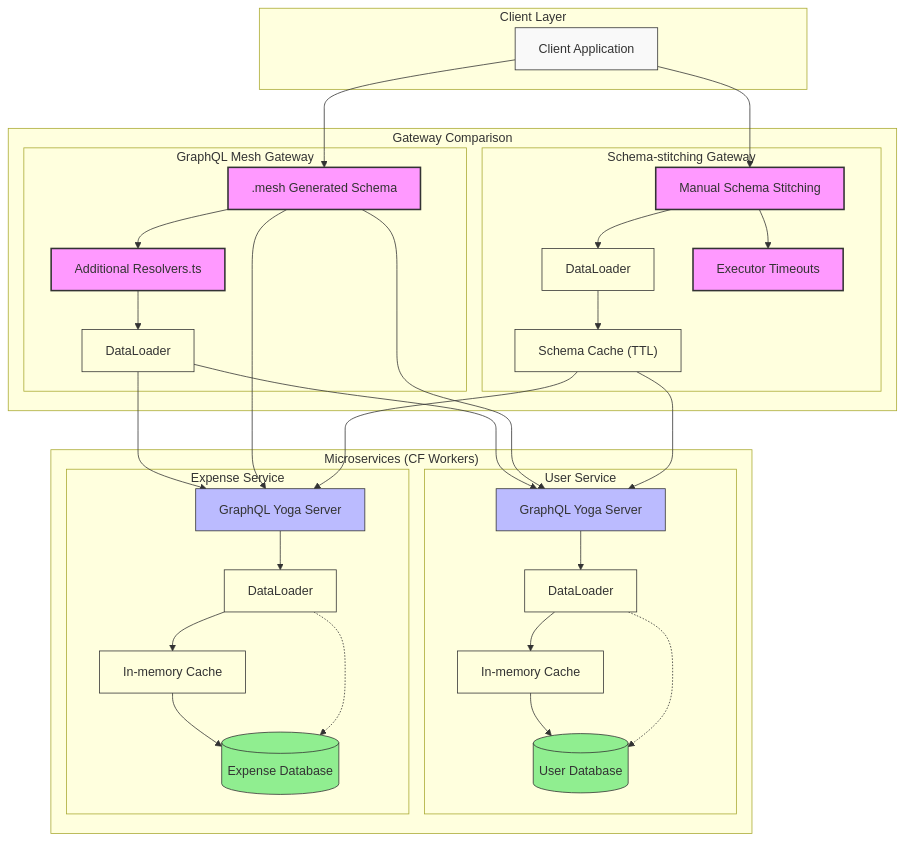
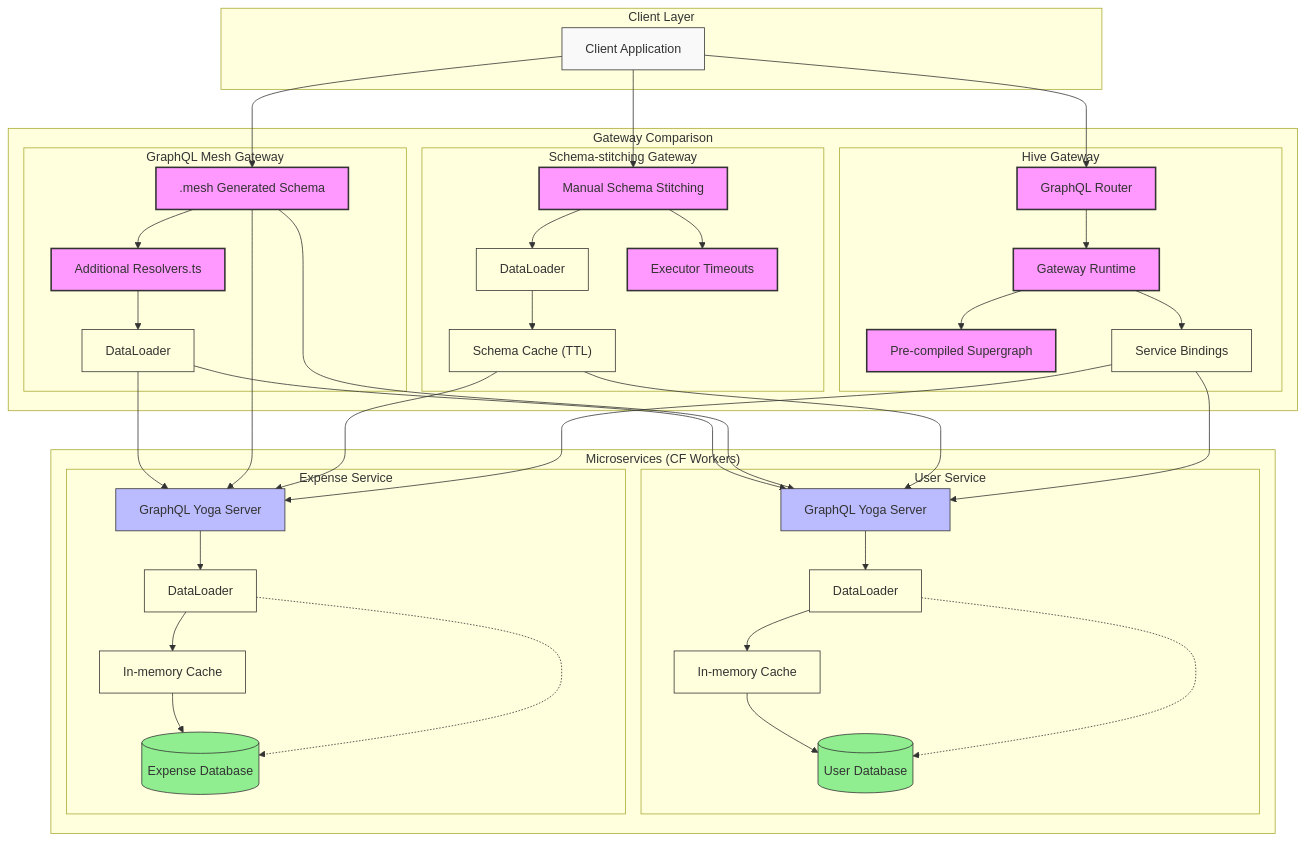
One commit to vinodhj/graphql-gateway-microservices changed the diagram in docs/diagrams/high-level-design.mermaid. Above: the diagram before and after it, drawn with Mermaid. The commit also changed 3 other files, not shown here.

```diff
--- a/docs/diagrams/high-level-design.mermaid
+++ b/docs/diagrams/high-level-design.mermaid
@@ -1,78 +1,93 @@
 flowchart TD
     subgraph "Client Layer"
         Client[Client Application]
     end
     
     subgraph "Gateway Comparison"
         subgraph "GraphQL Mesh Gateway"
             GM_DL[DataLoader]
             GM_Schema[".mesh Generated Schema"]
             GM_Resolvers["Additional Resolvers.ts"]
         end
         
         subgraph "Schema-stitching Gateway"
             GS_Cache["Schema Cache (TTL)"]
             GS_DL[DataLoader]
             GS_Timeout["Executor Timeouts"]
             GS_Schema["Manual Schema Stitching"]
+        end
+
+        subgraph "Hive Gateway"
+            HG_Supergraph["Pre-compiled Supergraph"]
+            HG_Runtime["Gateway Runtime"]
+            HG_ServiceBindings["Service Bindings"]
+            HG_Router["GraphQL Router"]
         end
     end
     
     subgraph "Microservices (CF Workers)"
         subgraph "User Service" 
             US_API[GraphQL Yoga Server]
             US_DL[DataLoader]
             US_Cache[In-memory Cache]
             US_DB[(User Database)]
         end
         
         subgraph "Expense Service"
             ES_API[GraphQL Yoga Server]
             ES_DL[DataLoader]
             ES_Cache[In-memory Cache]
             ES_DB[(Expense Database)]
         end
     end
     
     Client --> GM_Schema
     Client --> GS_Schema
+    Client --> HG_Router
     
     GM_Schema --> GM_Resolvers
     GM_Resolvers --> GM_DL
     
     GS_Schema --> GS_DL
     GS_DL --> GS_Cache
     GS_Schema --> GS_Timeout
+    
+    HG_Router --> HG_Runtime
+    HG_Runtime --> HG_Supergraph
+    HG_Runtime --> HG_ServiceBindings
     
     GM_DL --> US_API
     GM_DL --> ES_API
 
     GM_Schema --> US_API
     GM_Schema --> ES_API
     
     GS_Cache --> US_API
     GS_Cache --> ES_API
+    
+    HG_ServiceBindings --> US_API
+    HG_ServiceBindings --> ES_API
     
     US_API --> US_DL
     US_DL --> US_Cache
     US_Cache --> US_DB
     
     ES_API --> ES_DL
     ES_DL --> ES_Cache
     ES_Cache --> ES_DB
     
     %% Add data flow when cache misses
     US_DL -.-> US_DB
     ES_DL -.-> ES_DB
     
     classDef client fill:#f9f9f9,stroke:#333,stroke-width:1px
     classDef gateway fill:#f9f,stroke:#333,stroke-width:2px
     classDef service fill:#bbf,stroke:#333,stroke-width:1px
     classDef optimization fill:#ffd,stroke:#333,stroke-width:1px
     classDef database fill:#90ee90,stroke:#333,stroke-width:1px
     
     class Client client
-    class GM_Schema,GM_Resolvers,GS_Schema,GS_Timeout gateway
+    class GM_Schema,GM_Resolvers,GS_Schema,GS_Timeout,HG_Router,HG_Supergraph,HG_Runtime gateway
     class US_API,ES_API service
-    class GM_DL,GS_Cache,GS_DL,US_Cache,US_DL,ES_Cache,ES_DL optimization
+    class GM_DL,GS_Cache,GS_DL,US_Cache,US_DL,ES_Cache,ES_DL,HG_ServiceBindings optimization
     class US_DB,ES_DB database
```
